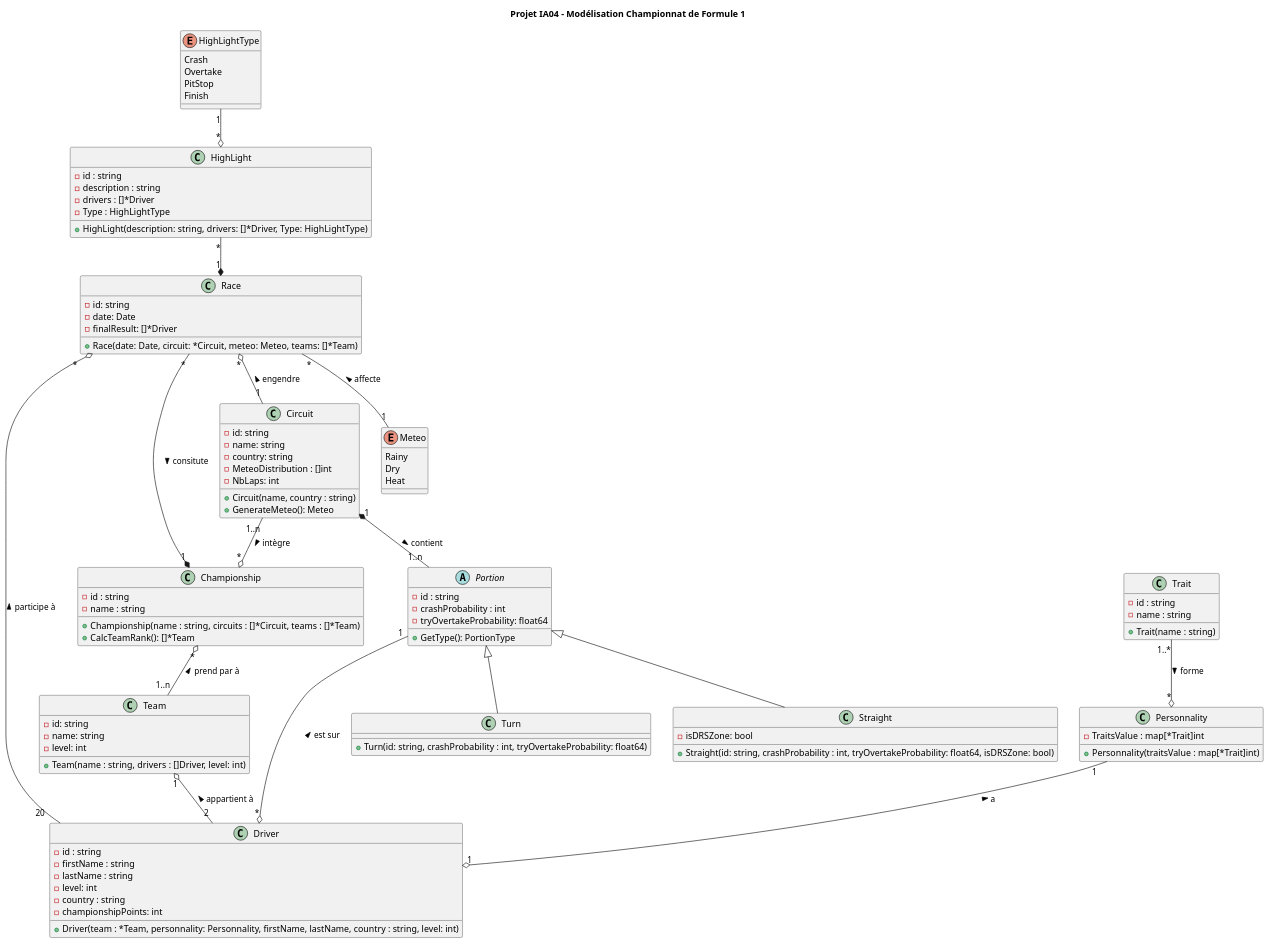
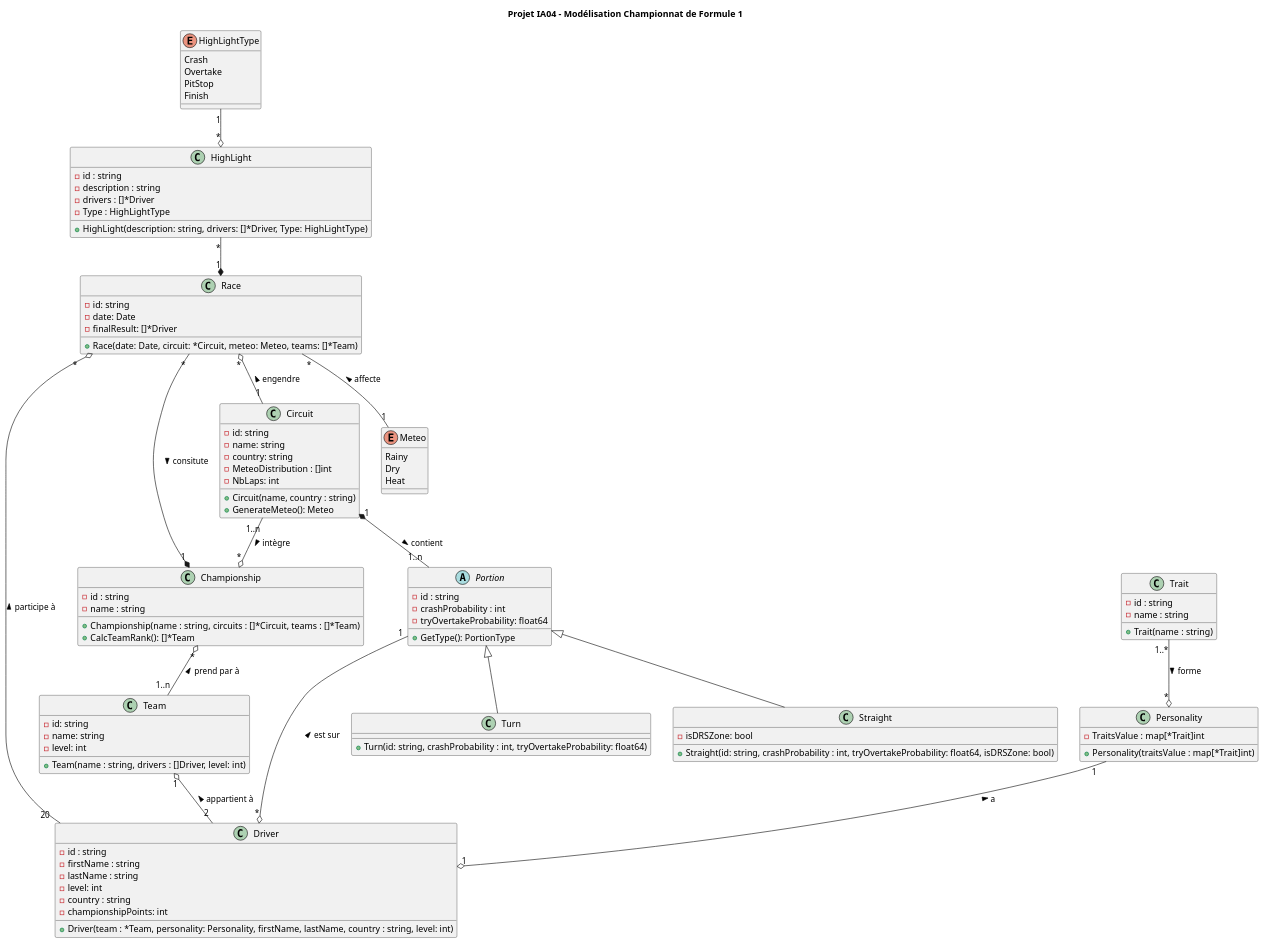
Before and after one commit to DamienVaurs/formule-1-ia04: the diagram in projectUML.plantuml, drawn with PlantUML. The commit also changed 9 other files, not shown here.

Commit message:
Personnality -> personality

```diff
--- a/projectUML.plantuml
+++ b/projectUML.plantuml
@@ -1,127 +1,127 @@
 @startuml IA04 - Modélisation Championnat de Formule 1
 
 
 title Projet IA04 - Modélisation Championnat de Formule 1
 
 
 class Driver {
   - id : string
   - firstName : string
   - lastName : string
   - level: int
   - country : string
   - championshipPoints: int
 
-  + Driver(team : *Team, personnality: Personnality, firstName, lastName, country : string, level: int)
+  + Driver(team : *Team, personality: Personality, firstName, lastName, country : string, level: int)
   
   }
   
 class Team {
   - id: string
   - name: string
   - level: int
 
   + Team(name : string, drivers : []Driver, level: int)
 
 }
 
 class Circuit {
   - id: string
   - name: string
   - country: string
   - MeteoDistribution : []int
   - NbLaps: int
 
   + Circuit(name, country : string)
   + GenerateMeteo(): Meteo
 }
 
 class Championship{
   - id : string
   - name : string
 
   + Championship(name : string, circuits : []*Circuit, teams : []*Team)
   + CalcTeamRank(): []*Team
 }
 
 class HighLight{
   - id : string
   - description : string
   - drivers : []*Driver
   - Type : HighLightType
 
   + HighLight(description: string, drivers: []*Driver, Type: HighLightType)
 }
 
 enum HighLightType{
   Crash
   Overtake
   PitStop
   Finish
 }
 
 enum Meteo{
   Rainy
   Dry
   Heat
 }
 
-class Personnality{
+class Personality{
   - TraitsValue : map[*Trait]int
 
-  + Personnality(traitsValue : map[*Trait]int)
+  + Personality(traitsValue : map[*Trait]int)
 }
 
 class Trait{
   - id : string
   - name : string
 
   + Trait(name : string)
 }
 
 abstract class Portion{
   - id : string
   - crashProbability : int
   - tryOvertakeProbability: float64
 
   + GetType(): PortionType
 }
 
 
 class Turn{
 
   + Turn(id: string, crashProbability : int, tryOvertakeProbability: float64)
 }
 
 class Straight{
   - isDRSZone: bool
 
   + Straight(id: string, crashProbability : int, tryOvertakeProbability: float64, isDRSZone: bool)
 }
 
 class Race{
   - id: string
   - date: Date 
   - finalResult: []*Driver
 
   + Race(date: Date, circuit: *Circuit, meteo: Meteo, teams: []*Team)
 }
 
 HighLightType "1" --o "*" HighLight
 HighLight "*" --* "1" Race
 Race "*" o-- "20" Driver : participe à <
 Race "*" o-- "1" Circuit : engendre <
 Race "*" --* "1" Championship : consitute >
 Race "*" -- "1" Meteo : affecte <
 Circuit "1..n" --o "*" Championship : intègre >
 Circuit "1" *-- "1..n" Portion : contient >
 Portion  <|--  Turn
 Portion  <|--  Straight
 Portion "1" --o "*" Driver : est sur <
 Championship "*" o-- "1..n" Team : prend par à <
 Team "1" o-- "2" Driver : appartient à <
-Personnality "1" --o "1" Driver : a <
-Trait "1..*" --o "*" Personnality : forme >
+Personality "1" --o "1" Driver : a <
+Trait "1..*" --o "*" Personality : forme >
 
 
 @enduml
```
